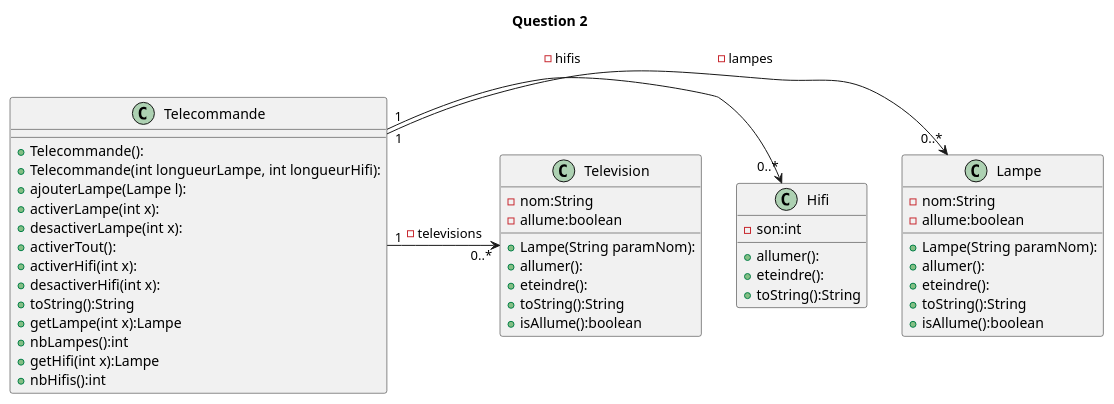
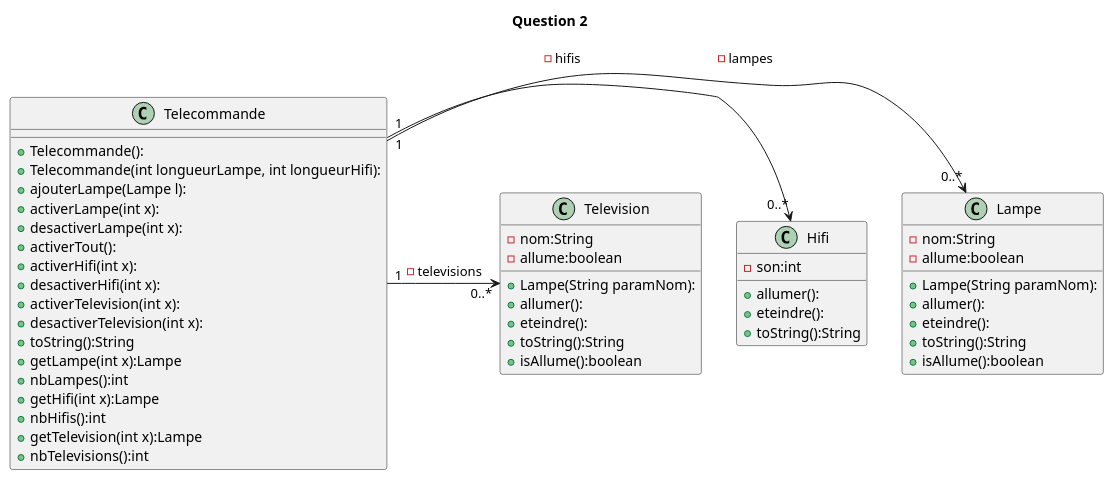
The diagram in domotique/src/main/java/PlantUMLTelevision-Q4.puml (Stantrh/2016_coo_domotique_loppinet3u_troha2u), drawn with PlantUML before and after one commit.

Commit message:
Correction : Ajout des méthodes gérant une liste de télévisions dans la classe Telecommande

```diff
--- a/domotique/src/main/java/PlantUMLTelevision-Q4.puml
+++ b/domotique/src/main/java/PlantUMLTelevision-Q4.puml
@@ -1,51 +1,55 @@
 @startuml
 title Question 2
 '''classes
 class Telecommande{
     +Telecommande():
     +Telecommande(int longueurLampe, int longueurHifi):
     +ajouterLampe(Lampe l):
     +activerLampe(int x):
     +desactiverLampe(int x):
     +activerTout():
     +activerHifi(int x):
     +desactiverHifi(int x):
+    +activerTelevision(int x):
+    +desactiverTelevision(int x):
     +toString():String
     +getLampe(int x):Lampe
     +nbLampes():int
     +getHifi(int x):Lampe
     +nbHifis():int
+    +getTelevision(int x):Lampe
+    +nbTelevisions():int
 }
 
 class Lampe{
     -nom:String
     -allume:boolean
     +Lampe(String paramNom):
     +allumer():
     +eteindre():
     +toString():String
     +isAllume():boolean
 }
 
 class Hifi{
     -son:int
     +allumer():
     +eteindre():
     +toString():String
 }
 
 class Television{
     -nom:String
     -allume:boolean
     +Lampe(String paramNom):
     +allumer():
     +eteindre():
     +toString():String
     +isAllume():boolean
 }
 
 '''relations
 Telecommande "1" -> "0..*" Lampe : -lampes
 Telecommande "1" -> "0..*" Hifi : -hifis
 Telecommande "1" -> "0..*" Television : -televisions
 @enduml
```
